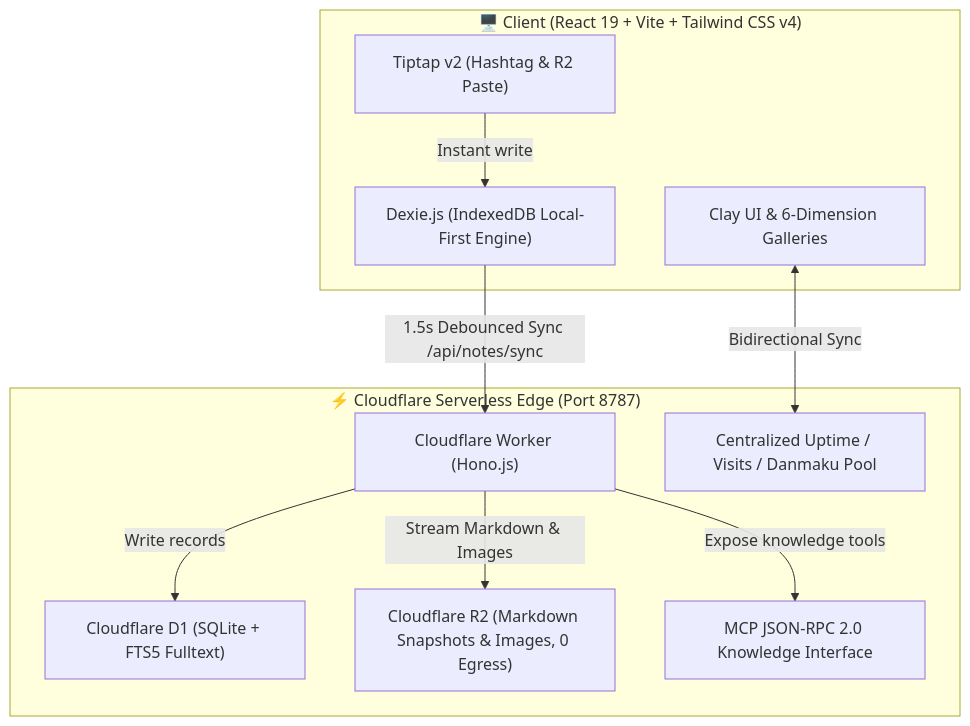
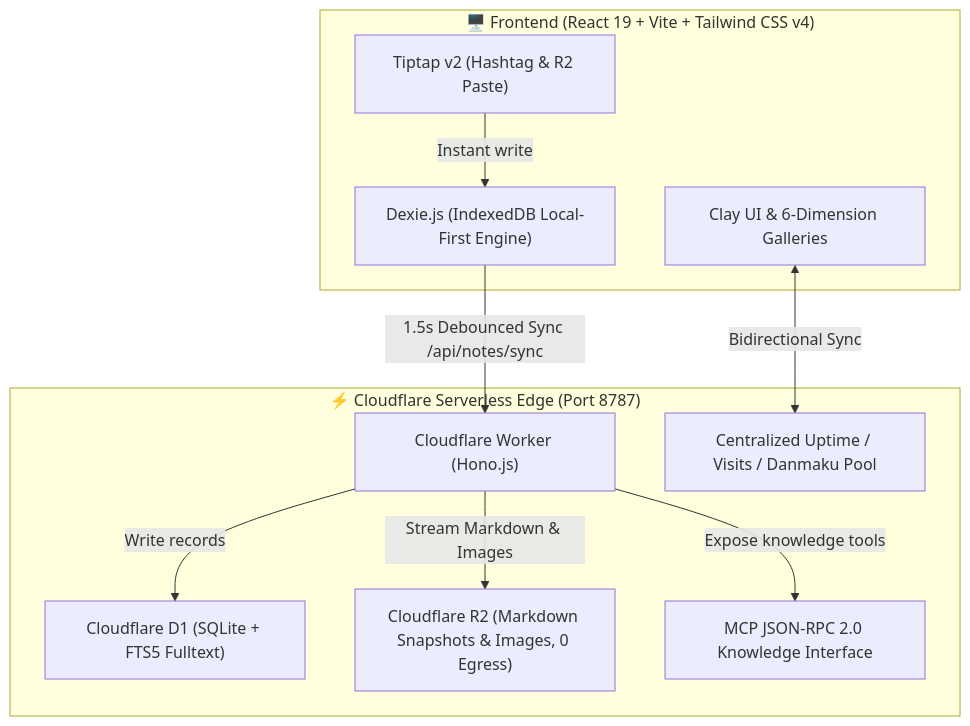
One commit to SaulGoodManC99/TagMesh changed the diagram in README.md. Above: the diagram before and after it, drawn with Mermaid. The commit also changed other lines of this file and 1 other file, not shown here.

````diff
--- a/README.md
+++ b/README.md
@@ -180,23 +280,23 @@
 ```mermaid
 graph TD
-    subgraph Client["🖥️ Client (React 19 + Vite + Tailwind CSS v4)"]
+    subgraph Client["🖥️ Frontend (React 19 + Vite + Tailwind CSS v4)"]
         UI["Clay UI & 6-Dimension Galleries"]
         Editor["Tiptap v2 (Hashtag & R2 Paste)"]
         LocalDB["Dexie.js (IndexedDB Local-First Engine)"]
     end
 
     subgraph Edge["⚡ Cloudflare Serverless Edge (Port 8787)"]
         Worker["Cloudflare Worker (Hono.js)"]
         D1["Cloudflare D1 (SQLite + FTS5 Fulltext)"]
         R2["Cloudflare R2 (Markdown Snapshots & Images, 0 Egress)"]
         MCP["MCP JSON-RPC 2.0 Knowledge Interface"]
         Telemetry["Centralized Uptime / Visits / Danmaku Pool"]
     end
 
     Editor -->|Instant write| LocalDB
     LocalDB -->|1.5s Debounced Sync /api/notes/sync| Worker
     Worker -->|Write records| D1
     Worker -->|Stream Markdown & Images| R2
     Worker -->|Expose knowledge tools| MCP
     UI <-->|Bidirectional Sync| Telemetry
 ```
````
